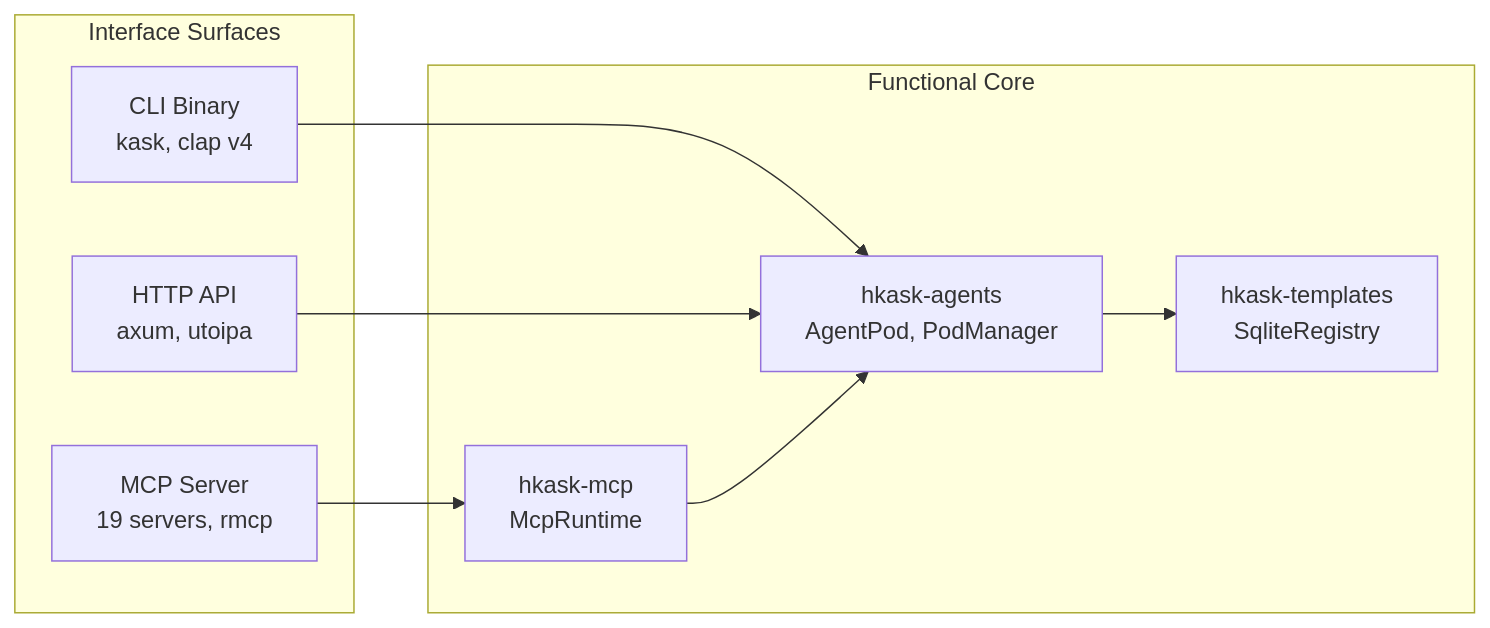
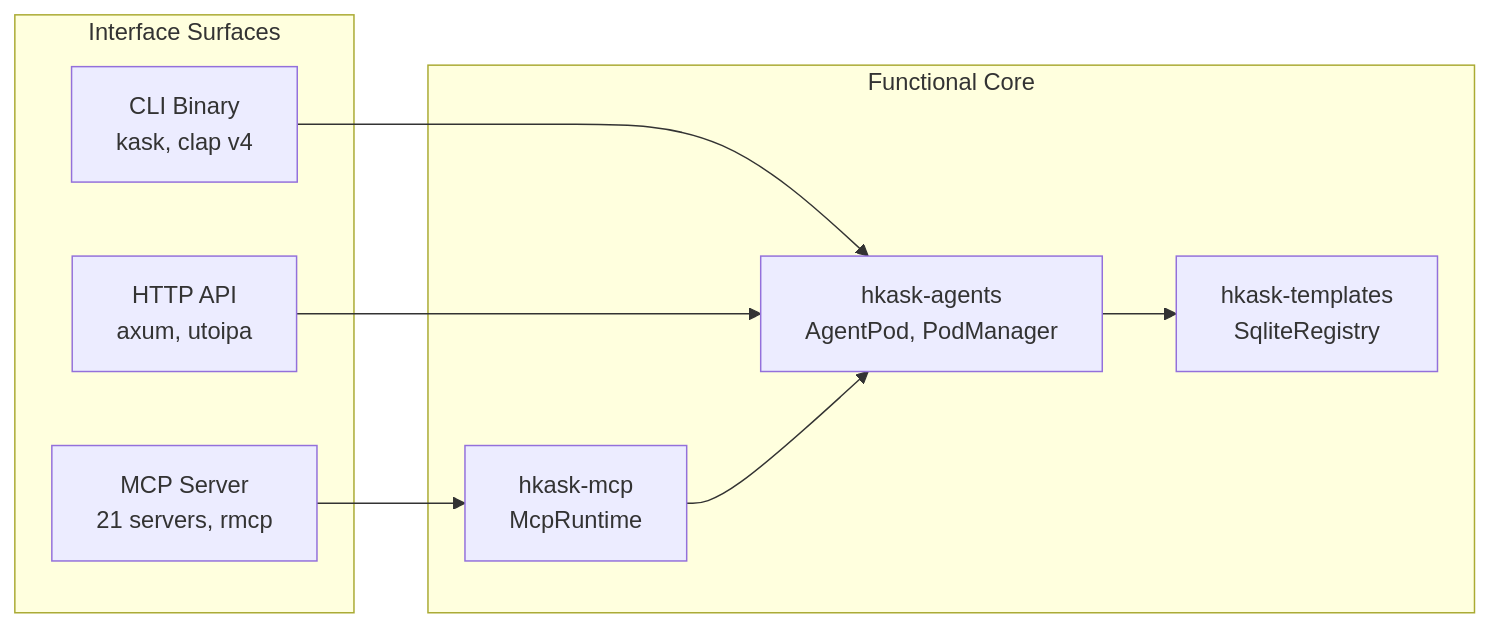
One commit to mdz-axo/hKask changed the first of 2 diagrams in docs/architecture/interface-and-composition.md. Above: the diagram before and after it, drawn with Mermaid. The commit also changed 87 other files, not shown here.

````diff
--- a/docs/architecture/interface-and-composition.md
+++ b/docs/architecture/interface-and-composition.md
@@ -25,20 +25,20 @@
 ```mermaid
 graph LR
     subgraph Surfaces["Interface Surfaces"]
-        MCP_S["MCP Server<br/>19 servers, rmcp"]
+        MCP_S["MCP Server<br/>21 servers, rmcp"]
         CLI_S["CLI Binary<br/>kask, clap v4"]
         API_S["HTTP API<br/>axum, utoipa"]
     end
 
     subgraph Core["Functional Core"]
         AGENTS["hkask-agents<br/>AgentPod, PodManager"]
         TEMPLATES["hkask-templates<br/>SqliteRegistry"]
         MCP_RT["hkask-mcp<br/>McpRuntime"]
     end
 
     MCP_S --> MCP_RT
     CLI_S --> AGENTS
     API_S --> AGENTS
     MCP_RT --> AGENTS
     AGENTS --> TEMPLATES
 ```
````
